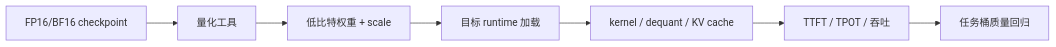
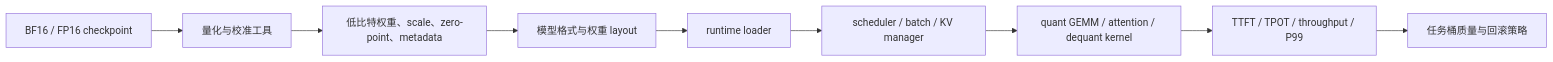
Before and after one commit to Charles2530/Charles-AI-notes: the diagram in files/quantization/quantization-runtimes-and-frameworks.md, drawn with Mermaid. The commit also changed other lines of this file and 244 other files, not shown here.

````diff
--- a/files/quantization/quantization-runtimes-and-frameworks.md
+++ b/files/quantization/quantization-runtimes-and-frameworks.md
@@ -26,9 +27,11 @@
 ```mermaid
 flowchart LR
-    A["FP16/BF16 checkpoint"] --> B["量化工具"]
-    B --> C["低比特权重 + scale"]
-    C --> D["目标 runtime 加载"]
-    D --> E["kernel / dequant / KV cache"]
-    E --> F["TTFT / TPOT / 吞吐"]
-    F --> G["任务桶质量回归"]
+    A["BF16 / FP16 checkpoint"] --> B["量化与校准工具"]
+    B --> C["低比特权重、scale、zero-point、metadata"]
+    C --> D["模型格式与权重 layout"]
+    D --> E["runtime loader"]
+    E --> F["scheduler / batch / KV manager"]
+    F --> G["quant GEMM / attention / dequant kernel"]
+    G --> H["TTFT / TPOT / throughput / P99"]
+    H --> I["任务桶质量与回滚策略"]
 ```
````
